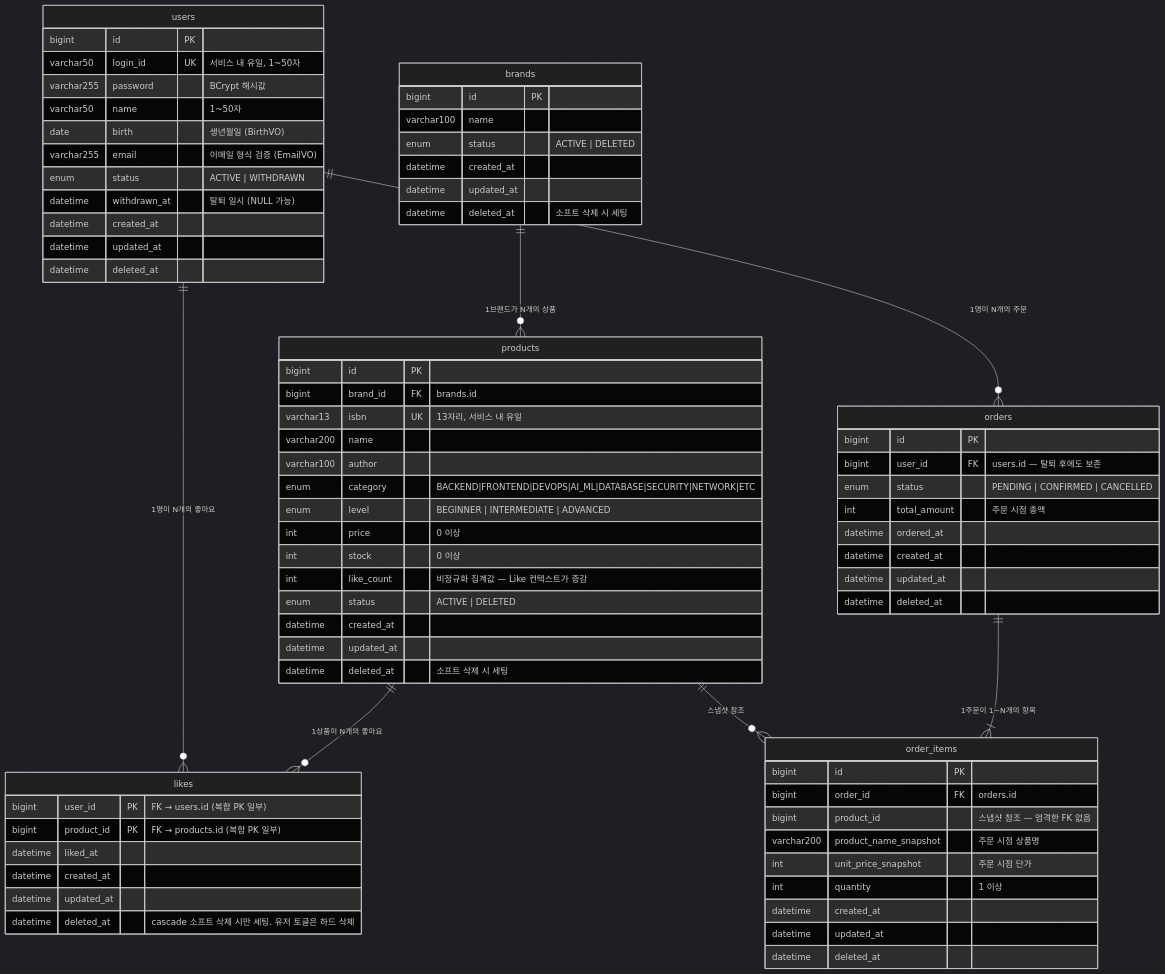
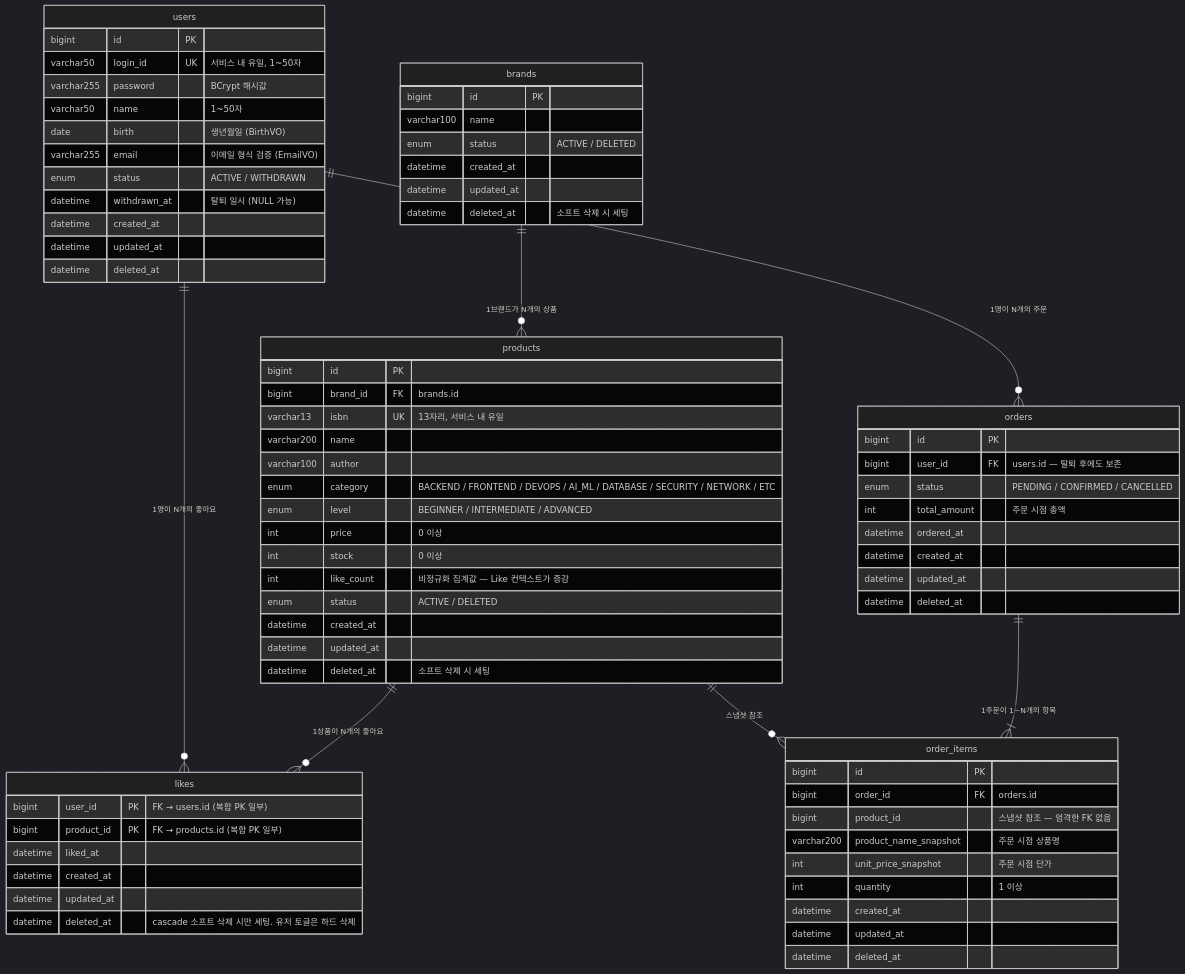
Before and after one commit to loopers-labs/loop-pack-be-l2-vol4-java: the diagram in .docs/design/04-erd.md, drawn with Mermaid (dark theme). The commit also changed other lines of this file and 5 other files, not shown here.

````diff
--- a/.docs/design/04-erd.md
+++ b/.docs/design/04-erd.md
@@ -26,81 +26,81 @@
 ```mermaid
 erDiagram
     users ||--o{ likes       : "1명이 N개의 좋아요"
     users ||--o{ orders      : "1명이 N개의 주문"
     brands ||--o{ products   : "1브랜드가 N개의 상품"
     products ||--o{ likes    : "1상품이 N개의 좋아요"
     products ||--o{ order_items : "스냅샷 참조"
     orders ||--|{ order_items : "1주문이 1~N개의 항목"
 
     users {
         bigint      id              PK
         varchar50   login_id        UK  "서비스 내 유일, 1~50자"
         varchar255  password            "BCrypt 해시값"
         varchar50   name                "1~50자"
         date        birth               "생년월일 (BirthVO)"
         varchar255  email               "이메일 형식 검증 (EmailVO)"
-        enum        status              "ACTIVE | WITHDRAWN"
+        enum        status              "ACTIVE / WITHDRAWN"
         datetime    withdrawn_at        "탈퇴 일시 (NULL 가능)"
         datetime    created_at
         datetime    updated_at
         datetime    deleted_at
     }
 
     brands {
         bigint      id              PK
         varchar100  name
-        enum        status              "ACTIVE | DELETED"
+        enum        status              "ACTIVE / DELETED"
         datetime    created_at
         datetime    updated_at
         datetime    deleted_at          "소프트 삭제 시 세팅"
     }
 
     products {
         bigint      id              PK
         bigint      brand_id        FK  "brands.id"
         varchar13   isbn            UK  "13자리, 서비스 내 유일"
         varchar200  name
         varchar100  author
-        enum        category            "BACKEND|FRONTEND|DEVOPS|AI_ML|DATABASE|SECURITY|NETWORK|ETC"
-        enum        level               "BEGINNER | INTERMEDIATE | ADVANCED"
+        enum        category            "BACKEND / FRONTEND / DEVOPS / AI_ML / DATABASE / SECURITY / NETWORK / ETC"
+        enum        level               "BEGINNER / INTERMEDIATE / ADVANCED"
         int         price               "0 이상"
         int         stock               "0 이상"
         int         like_count          "비정규화 집계값 — Like 컨텍스트가 증감"
-        enum        status              "ACTIVE | DELETED"
+        enum        status              "ACTIVE / DELETED"
         datetime    created_at
         datetime    updated_at
         datetime    deleted_at          "소프트 삭제 시 세팅"
     }
 
     likes {
         bigint      user_id         PK  "FK → users.id (복합 PK 일부)"
         bigint      product_id      PK  "FK → products.id (복합 PK 일부)"
         datetime    liked_at
         datetime    created_at
         datetime    updated_at
         datetime    deleted_at          "cascade 소프트 삭제 시만 세팅. 유저 토글은 하드 삭제"
     }
 
     orders {
         bigint      id              PK
         bigint      user_id         FK  "users.id — 탈퇴 후에도 보존"
-        enum        status              "PENDING | CONFIRMED | CANCELLED"
+        enum        status              "PENDING / CONFIRMED / CANCELLED"
         int         total_amount        "주문 시점 총액"
         datetime    ordered_at
         datetime    created_at
         datetime    updated_at
         datetime    deleted_at
     }
 
     order_items {
         bigint      id              PK
         bigint      order_id        FK  "orders.id"
         bigint      product_id          "스냅샷 참조 — 엄격한 FK 없음"
         varchar200  product_name_snapshot   "주문 시점 상품명"
         int         unit_price_snapshot     "주문 시점 단가"
         int         quantity                "1 이상"
         datetime    created_at
         datetime    updated_at
         datetime    deleted_at
     }
 ```
````
